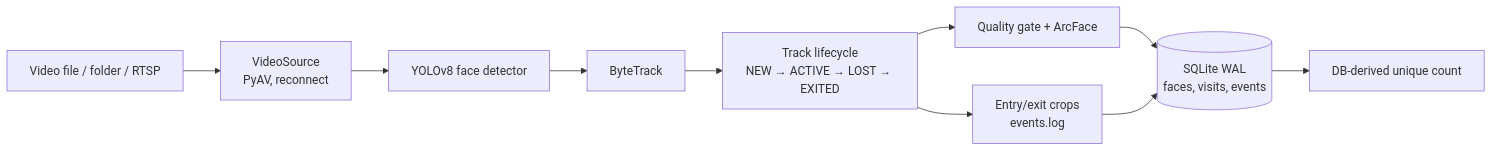
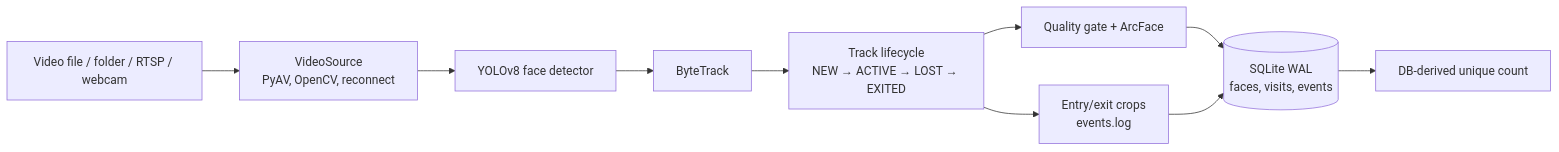
Before and after one commit to mdaashir/KatomaranHackathon: the diagram in README.md, drawn with Mermaid. The commit also changed other lines of this file and 23 other files, not shown here.

Commit message:
feat: add webcam source and live stream health

````diff
--- a/README.md
+++ b/README.md
@@ -165,12 +174,12 @@
 ```mermaid
 flowchart LR
-    A[Video file / folder / RTSP] --> B[VideoSource<br/>PyAV, reconnect]
+    A[Video file / folder / RTSP / webcam] --> B[VideoSource<br/>PyAV, OpenCV, reconnect]
     B --> C[YOLOv8 face detector]
     C --> D[ByteTrack]
     D --> E[Track lifecycle<br/>NEW → ACTIVE → LOST → EXITED]
     E --> F[Quality gate + ArcFace]
     F --> G[(SQLite WAL<br/>faces, visits, events)]
     E --> H[Entry/exit crops<br/>events.log]
     H --> G
     G --> I[DB-derived unique count]
 ```
````
